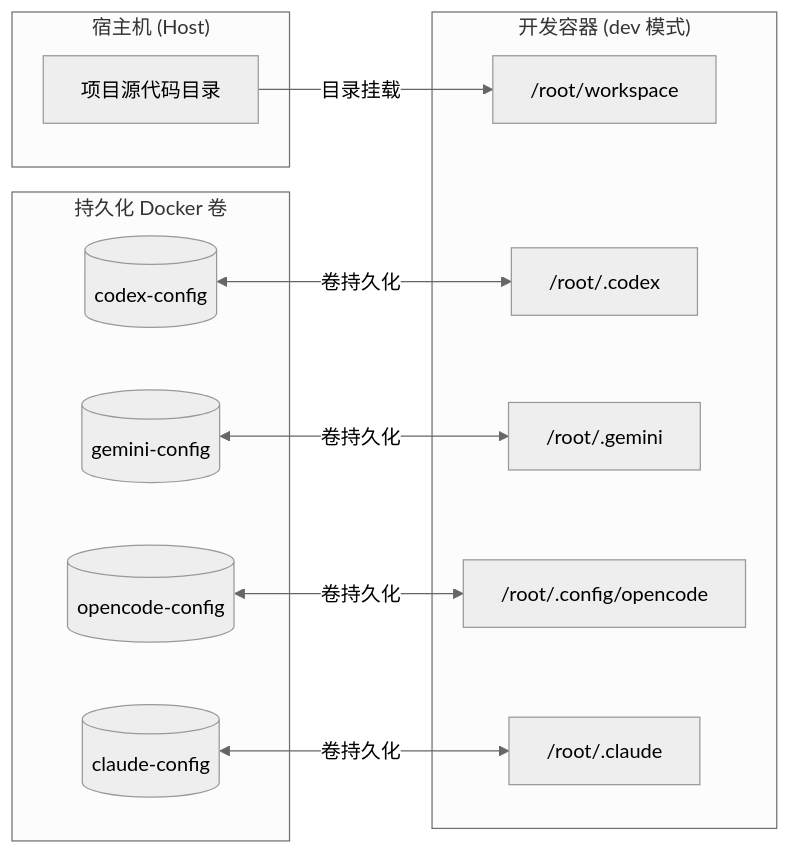
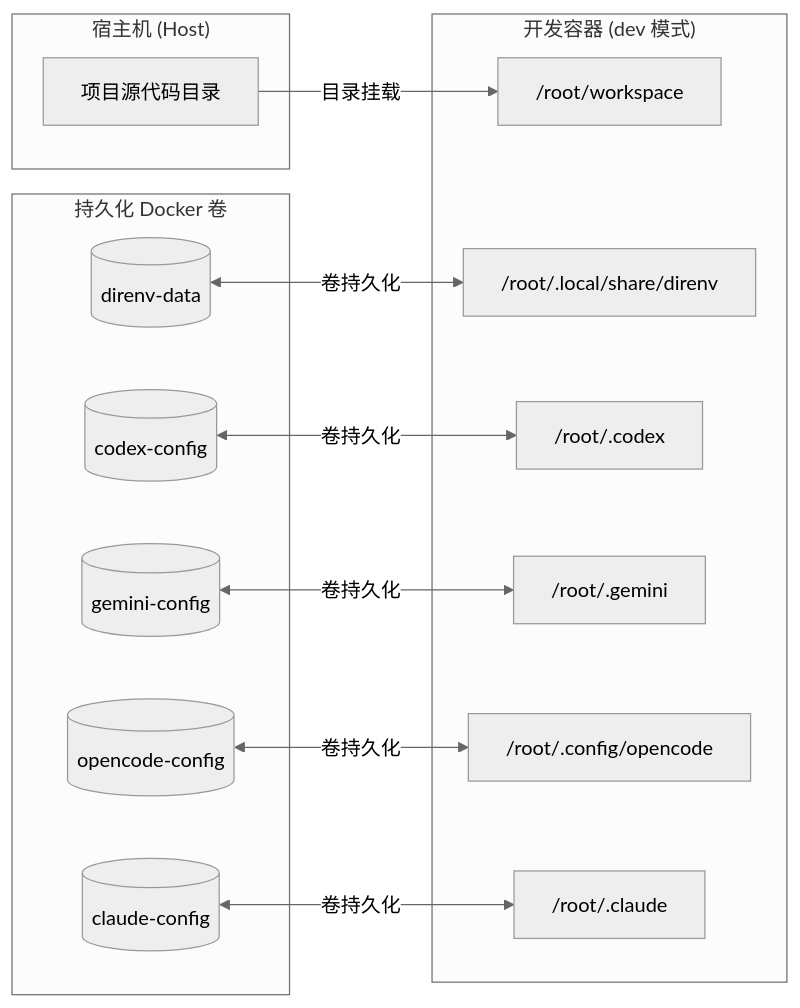
One commit to shaogme/coding-images changed the fourth of 5 diagrams in README.md. Above: the diagram before and after it, drawn with Mermaid (neutral theme). The commit also changed other lines of this file and 22 other files, not shown here.

````diff
--- a/README.md
+++ b/README.md
@@ -178,27 +223,30 @@
 ```mermaid
 flowchart LR
     subgraph Host["宿主机 (Host)"]
         Code["项目源代码目录"]
     end
 
     subgraph Volumes["持久化 Docker 卷"]
+        V0[("direnv-data")]
         V1[("codex-config")]
         V2[("gemini-config")]
         V3[("opencode-config")]
         V4[("claude-config")]
     end
 
     subgraph DevContainer["开发容器 (dev 模式)"]
         WS["/root/workspace"]
+        P0["/root/.local/share/direnv"]
         P1["/root/.codex"]
         P2["/root/.gemini"]
         P3["/root/.config/opencode"]
         P4["/root/.claude"]
     end
 
     Code -->|目录挂载| WS
+    V0 <-->|卷持久化| P0
     V1 <-->|卷持久化| P1
     V2 <-->|卷持久化| P2
     V3 <-->|卷持久化| P3
     V4 <-->|卷持久化| P4
 ```
````
